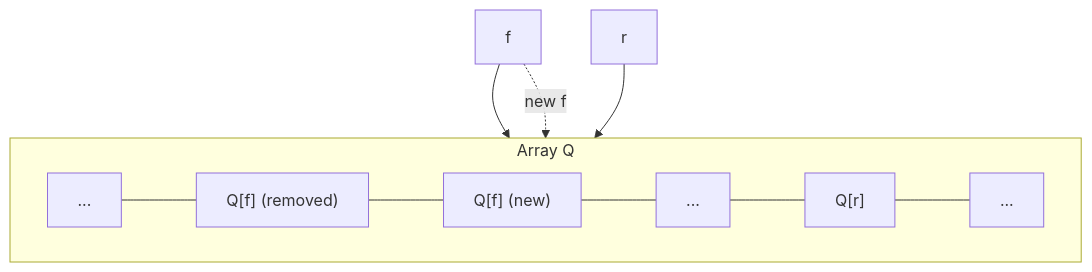
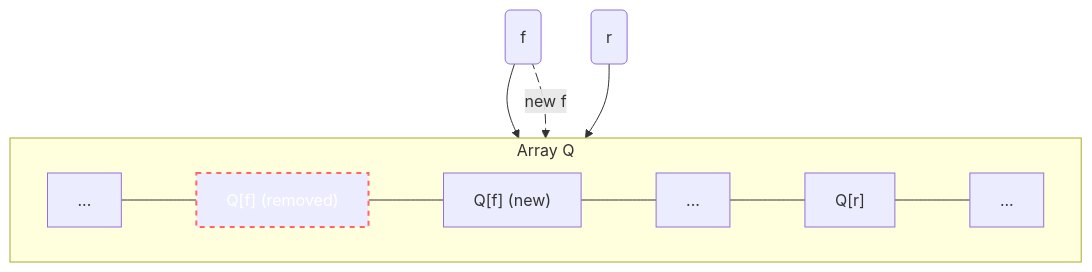
One commit to ruslylove/datastruct changed the third of 10 diagrams in lectures/lect-6-Queues.md. Above: the diagram before and after it, drawn with Mermaid. The commit also changed other lines of this file and 5 other files, not shown here.

Commit message:
update diagrams

````diff
--- a/lectures/lect-6-Queues.md
+++ b/lectures/lect-6-Queues.md
@@ -223,10 +210,15 @@
-```mermaid {scale:0.7}
+```mermaid 
 graph TD
     subgraph "Array Q"
         direction LR
         A["..."] --- B["Q[f] (removed)"] --- C["Q[f] (new)"] --- D["..."] --- E["Q[r]"] --- F["..."]
     end
-    f["f"] --> B
-    f -. "new f" .-> C
-    r["r"] --> E
+
+    f("f") --> B
+    f e1@-. "new f" .-> C
+    r("r") --> E
+
+    e1@{ animate : true}
+    style B stroke:#f66,stroke-width:2px,color:#fff,stroke-dasharray: 5 5
+
 ```
````
